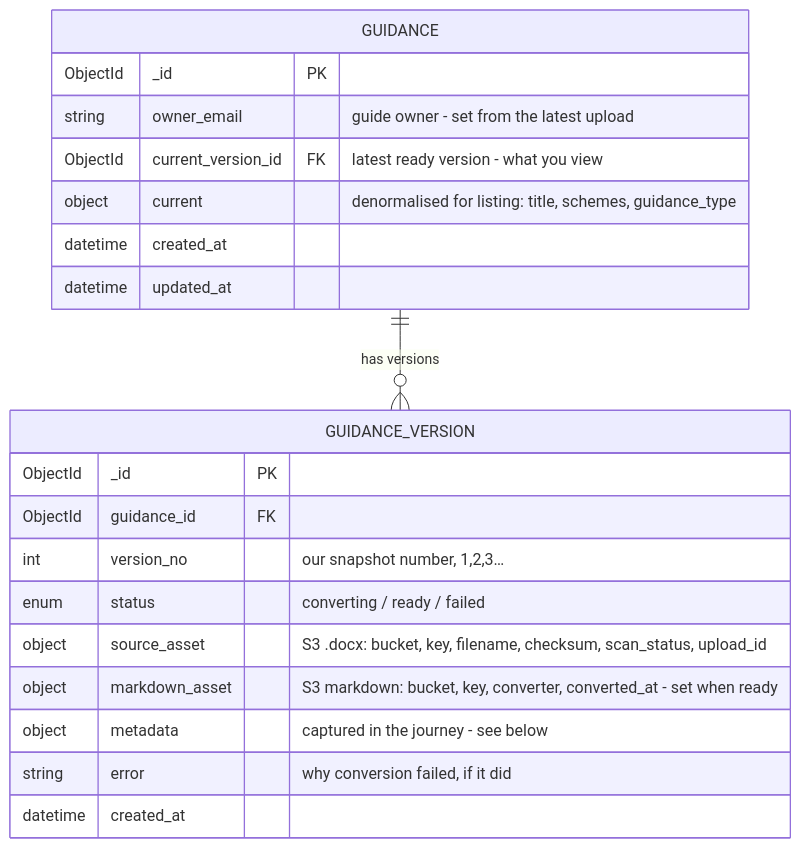
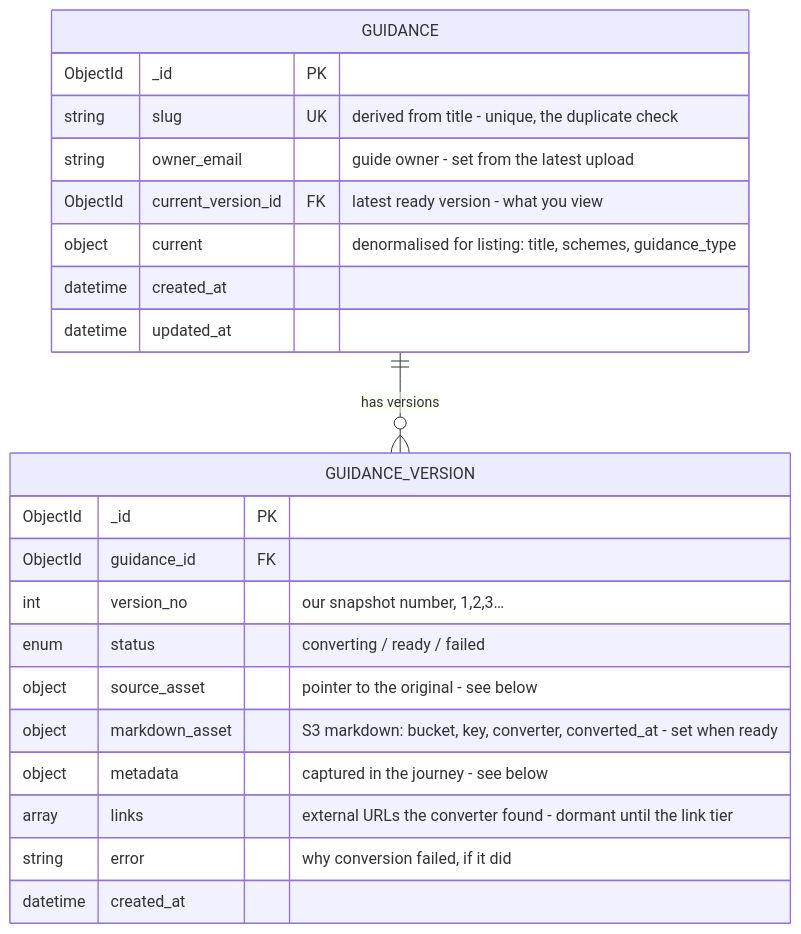
The second of 2 diagrams in docs/initial-journey.md (DEFRA/rpa-ai-guidance-hub-dev), drawn with Mermaid before and after one commit. The commit also changed other lines of this file, not shown here.

First line of the commit message:
Initial-journey spec: two buckets, duplicate handling, links

````diff
--- a/docs/initial-journey.md
+++ b/docs/initial-journey.md
@@ -66,25 +67,27 @@
 ```mermaid
 erDiagram
   GUIDANCE ||--o{ GUIDANCE_VERSION : "has versions"
 
   GUIDANCE {
     ObjectId _id PK
+    string slug UK "derived from title - unique, the duplicate check"
     string owner_email "guide owner - set from the latest upload"
     ObjectId current_version_id FK "latest ready version - what you view"
     object current "denormalised for listing: title, schemes, guidance_type"
     datetime created_at
     datetime updated_at
   }
 
   GUIDANCE_VERSION {
     ObjectId _id PK
     ObjectId guidance_id FK
     int version_no "our snapshot number, 1,2,3…"
     enum status "converting / ready / failed"
-    object source_asset "S3 .docx: bucket, key, filename, checksum, scan_status, upload_id"
+    object source_asset "pointer to the original - see below"
     object markdown_asset "S3 markdown: bucket, key, converter, converted_at - set when ready"
     object metadata "captured in the journey - see below"
+    array links "external URLs the converter found - dormant until the link tier"
     string error "why conversion failed, if it did"
     datetime created_at
   }
 ```
````
